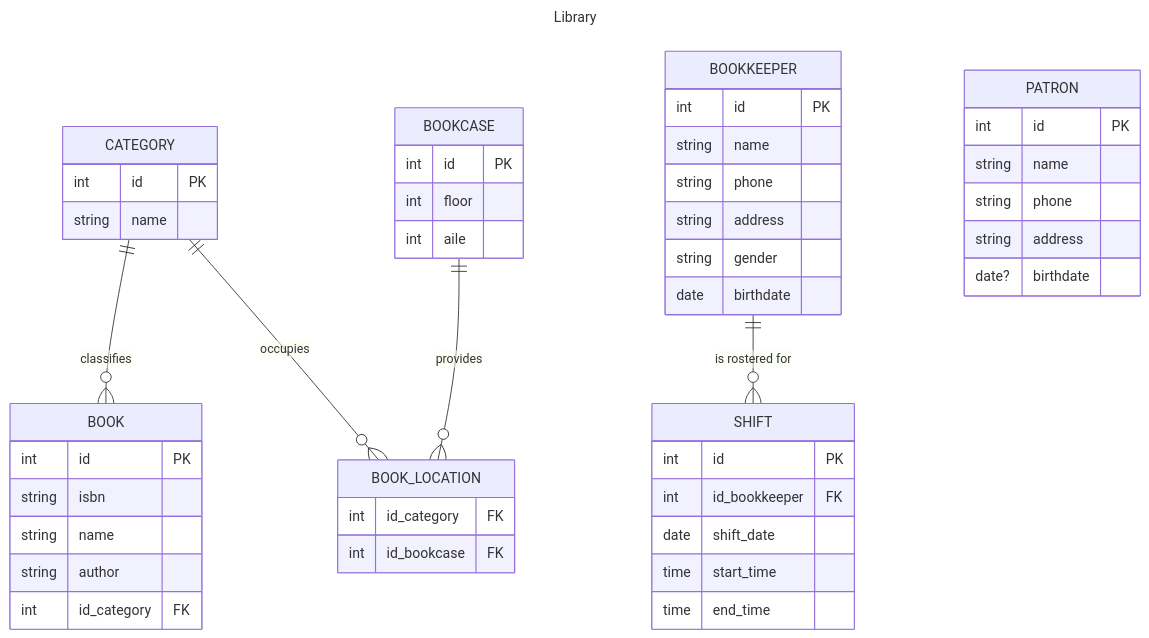
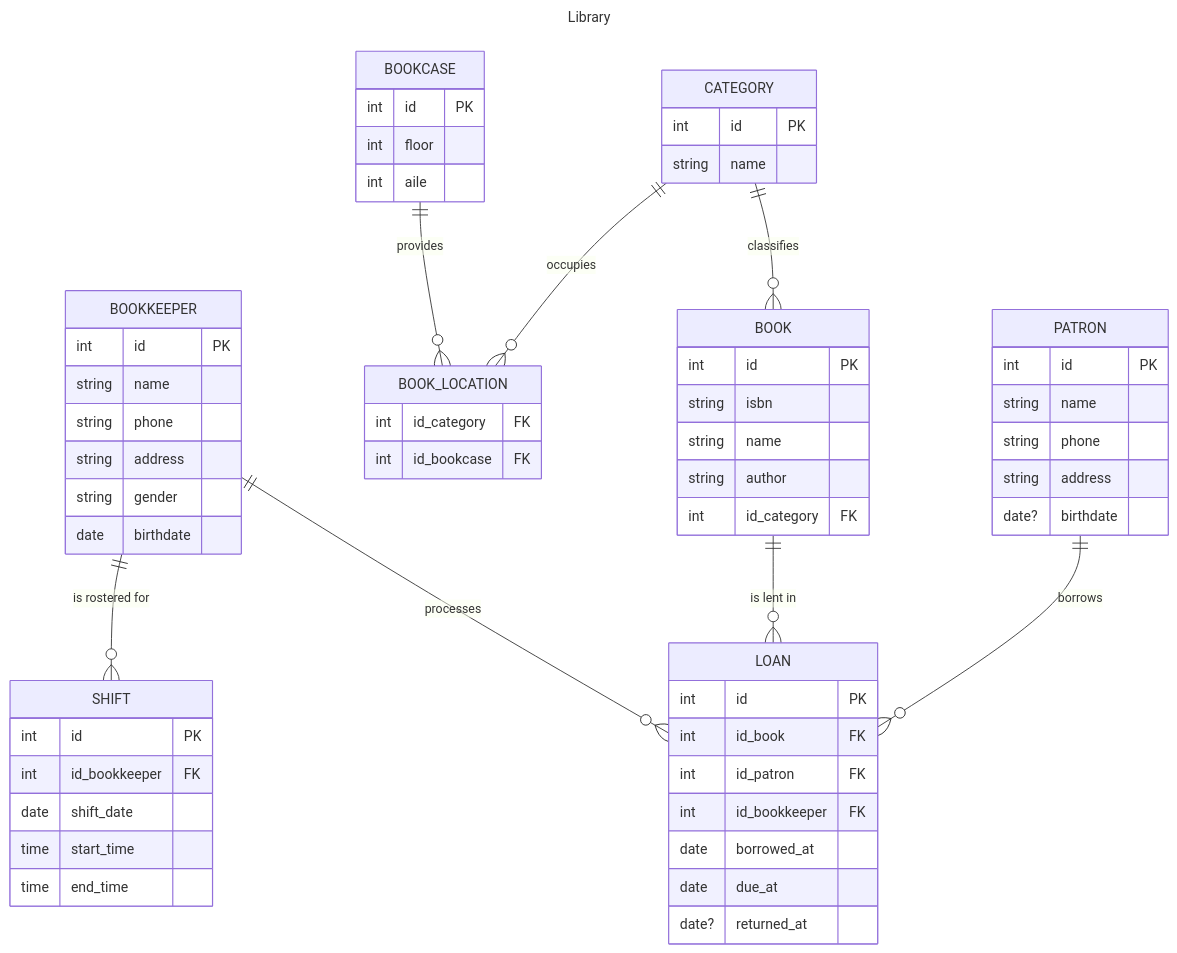
Before and after one commit to ryansuhartanto/koda-b8-db1: the diagram in README.md, drawn with Mermaid.

Commit message:
feat: add loan

````diff
--- a/README.md
+++ b/README.md
@@ -15,6 +15,10 @@
 BOOKCASE ||--o{ BOOK_LOCATION : "provides"
 
 BOOKKEEPER ||--o{ SHIFT : "is rostered for"
+
+PATRON ||--o{ LOAN : "borrows"
+BOOK ||--o{ LOAN : "is lent in"
+BOOKKEEPER ||--o{ LOAN : "processes"
 
 BOOK {
     int id PK
@@ -69,4 +73,16 @@
 
     date? birthdate
 }
+
+LOAN {
+    int id PK
+
+    int id_book FK
+    int id_patron FK
+    int id_bookkeeper FK
+
+    date borrowed_at
+    date due_at
+    date? returned_at
+}
 ```
````
